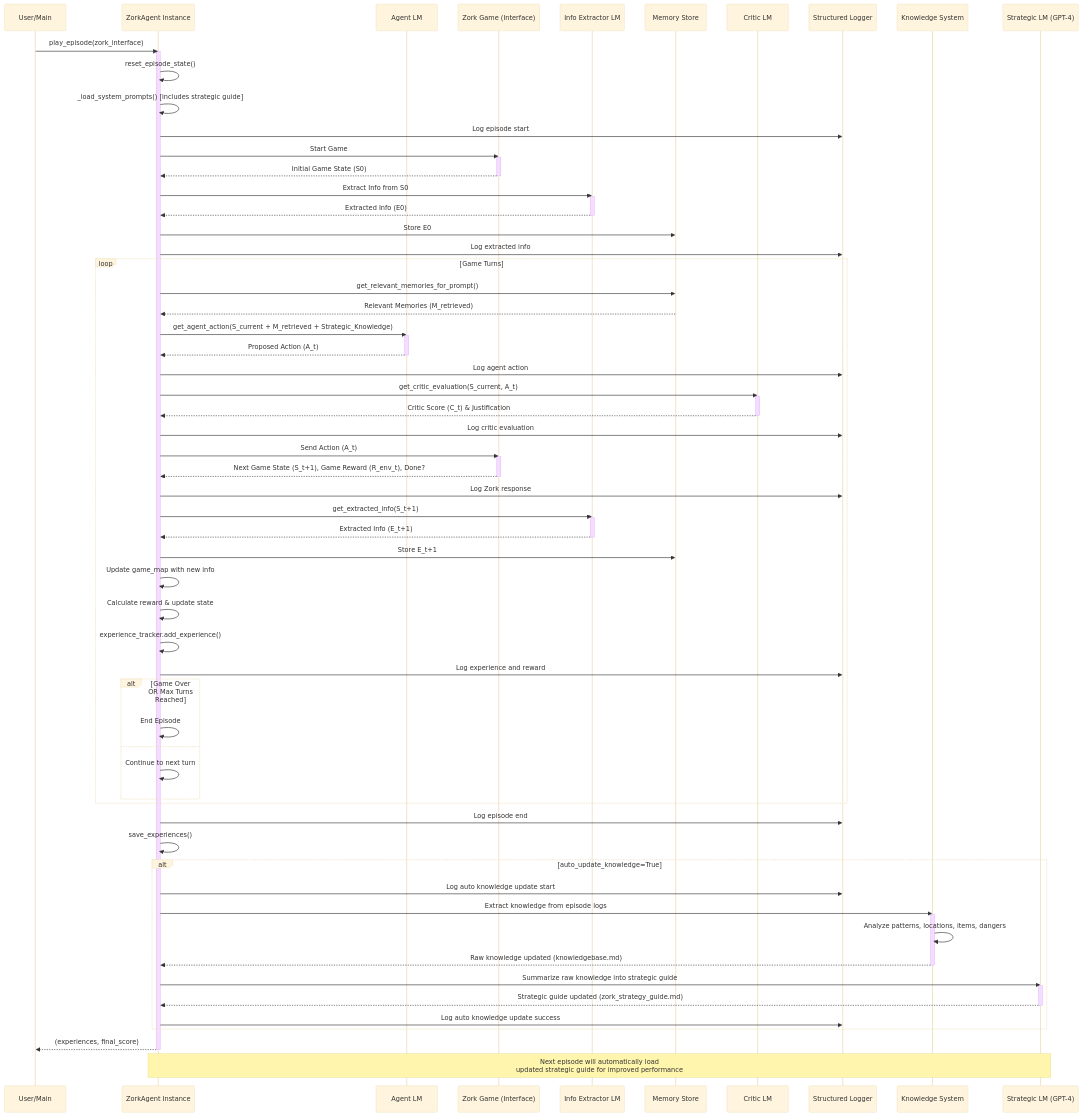
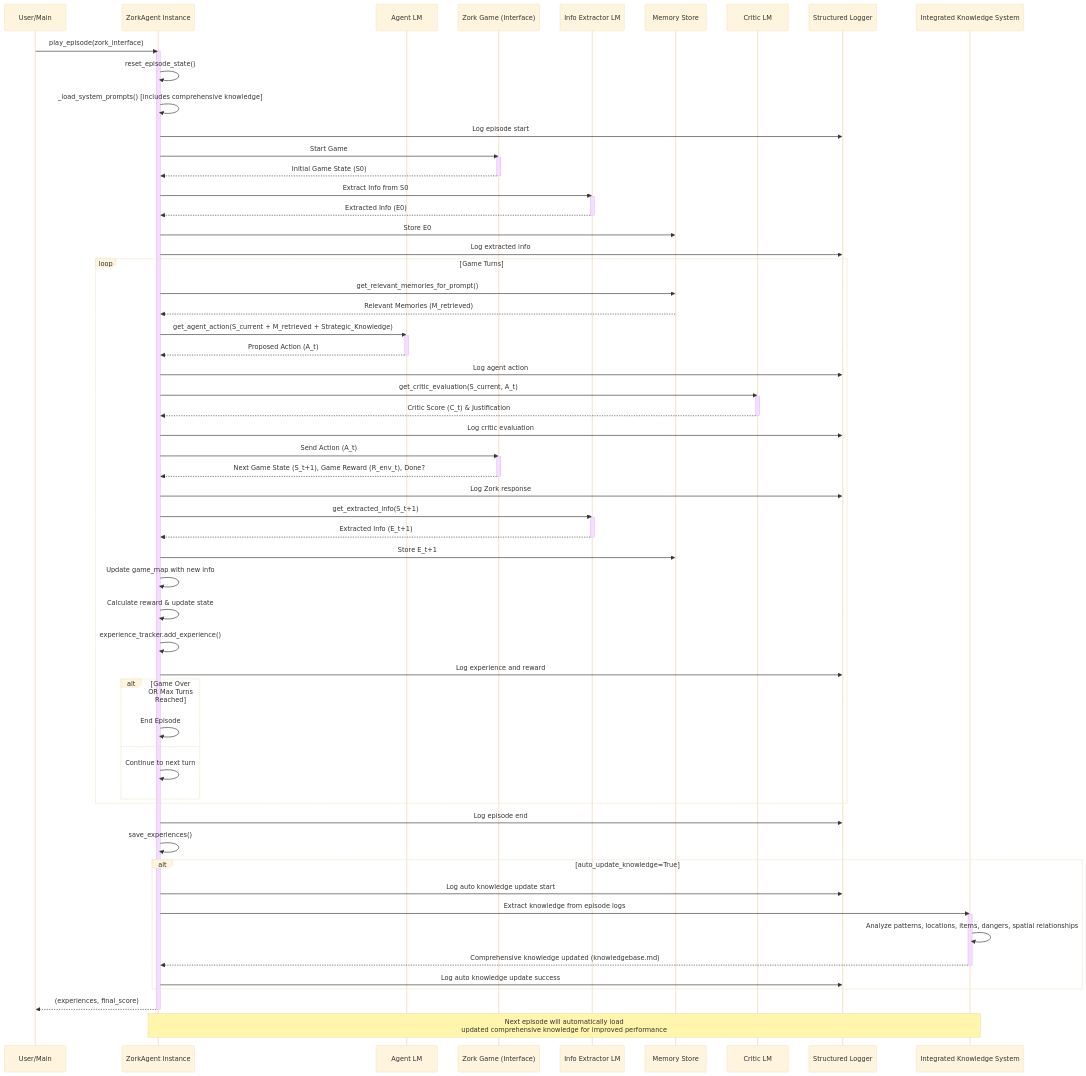
The diagram in README.md (stickystyle/ZorkGPT), drawn with Mermaid (base theme) before and after one commit. The commit also changed other lines of this file and 8 other files, not shown here.

Commit message:
Add integrated knowledge system for strategic gameplay analysis and movement detection

````diff
--- a/README.md
+++ b/README.md
@@ -304,14 +301,13 @@
     participant MemoryStore as Memory Store
     participant Critic_LM as Critic LM
     participant Logger as Structured Logger
-    participant KnowledgeSystem as Knowledge System
-    participant StrategicLM as Strategic LM (GPT-4)
+    participant KnowledgeSystem as Integrated Knowledge System
 
     User->>ZorkAgent: play_episode(zork_interface)
     activate ZorkAgent
     
     ZorkAgent->>ZorkAgent: reset_episode_state()
-    ZorkAgent->>ZorkAgent: _load_system_prompts() [includes strategic guide]
+    ZorkAgent->>ZorkAgent: _load_system_prompts() [includes comprehensive knowledge]
     ZorkAgent->>Logger: Log episode start
     
     ZorkAgent->>ZorkGame: Start Game
@@ -374,19 +370,15 @@
         ZorkAgent->>Logger: Log auto knowledge update start
         ZorkAgent->>KnowledgeSystem: Extract knowledge from episode logs
         activate KnowledgeSystem
-        KnowledgeSystem->>KnowledgeSystem: Analyze patterns, locations, items, dangers
-        KnowledgeSystem-->>ZorkAgent: Raw knowledge updated (knowledgebase.md)
+        KnowledgeSystem->>KnowledgeSystem: Analyze patterns, locations, items, dangers, spatial relationships
+        KnowledgeSystem-->>ZorkAgent: Comprehensive knowledge updated (knowledgebase.md)
         deactivate KnowledgeSystem
         
-        ZorkAgent->>StrategicLM: Summarize raw knowledge into strategic guide
-        activate StrategicLM
-        StrategicLM-->>ZorkAgent: Strategic guide updated (zork_strategy_guide.md)
-        deactivate StrategicLM
         ZorkAgent->>Logger: Log auto knowledge update success
     end
     
     ZorkAgent-->>User: (experiences, final_score)
     deactivate ZorkAgent
     
-    Note over ZorkAgent, StrategicLM: Next episode will automatically load<br/>updated strategic guide for improved performance
+    Note over ZorkAgent, KnowledgeSystem: Next episode will automatically load<br/>updated comprehensive knowledge for improved performance
 ```
````
